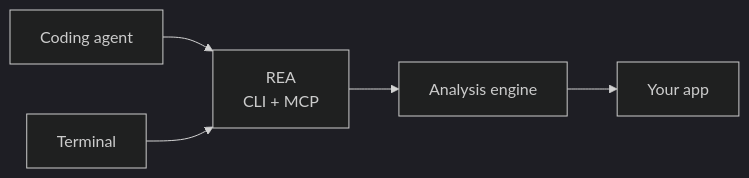
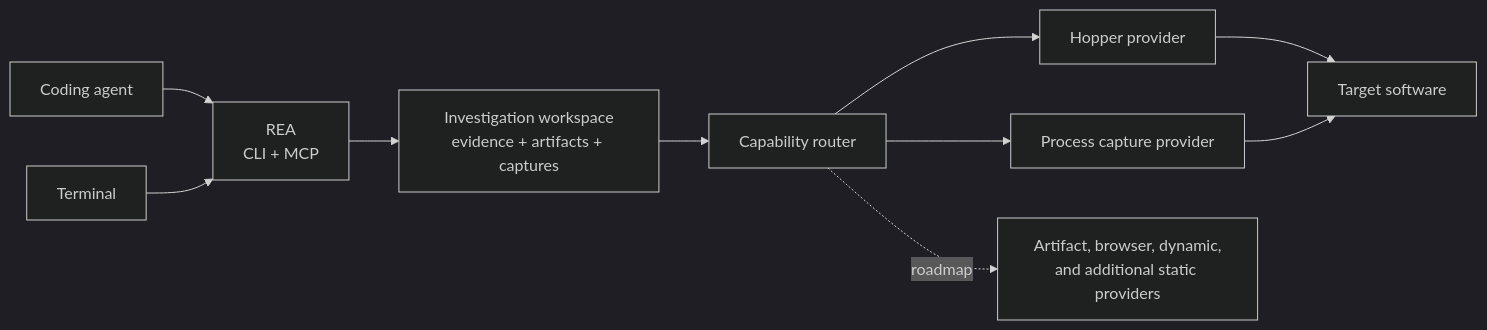
Before and after one commit to bryankwandou/rea: the diagram in README.md, drawn with Mermaid (dark theme). The commit also changed other lines of this file and 52 other files, not shown here.

Commit message:
feat: add evidence-backed process investigations

````diff
--- a/README.md
+++ b/README.md
@@ -177,7 +211,12 @@
 ```mermaid
 flowchart LR
     Agent["Coding agent"] --> REA["REA<br/>CLI + MCP"]
     Terminal --> REA
-    REA --> Hopper["Analysis engine"]
-    Hopper --> App["Your app"]
+    REA --> Workspace["Investigation workspace<br/>evidence + artifacts + captures"]
+    Workspace --> Router["Capability router"]
+    Router --> Hopper["Hopper provider"]
+    Router --> Process["Process capture provider"]
+    Router -. roadmap .-> More["Artifact, browser, dynamic,<br/>and additional static providers"]
+    Hopper --> Target["Target software"]
+    Process --> Target
 ```
````
